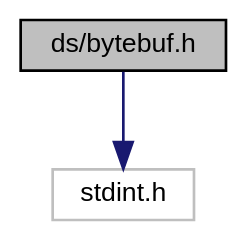
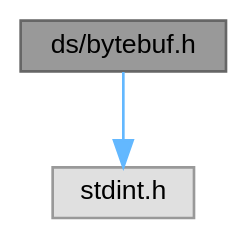
Before and after one commit to ebs-universe/piolib-ds: the diagram in bytebuf_8h__incl.dot, drawn with Graphviz. The commit also changed 536 other files, not shown here.

```diff
--- a/bytebuf_8h__incl.dot
+++ b/bytebuf_8h__incl.dot
@@ -1,11 +1,11 @@
 digraph "ds/bytebuf.h"
 {
  // INTERACTIVE_SVG=YES
  // LATEX_PDF_SIZE
   bgcolor="transparent";
-  edge [fontname="Helvetica",fontsize="10",labelfontname="Helvetica",labelfontsize="10"];
-  node [fontname="Helvetica",fontsize="10",shape=record];
-  Node1 [label="ds/bytebuf.h",height=0.2,width=0.4,color="black", fillcolor="grey75", style="filled", fontcolor="black",tooltip="Interface and usage of bytebuf buffers."];
-  Node1 -> Node2 [color="midnightblue",fontsize="10",style="solid",fontname="Helvetica"];
-  Node2 [label="stdint.h",height=0.2,width=0.4,color="grey75",tooltip=" "];
+  edge [fontname=Helvetica,fontsize=10,labelfontname=Helvetica,labelfontsize=10];
+  node [fontname=Helvetica,fontsize=10,shape=box,height=0.2,width=0.4];
+  Node1 [id="Node000001",label="ds/bytebuf.h",height=0.2,width=0.4,color="gray40", fillcolor="grey60", style="filled", fontcolor="black",tooltip="Interface and usage of bytebuf buffers."];
+  Node1 -> Node2 [id="edge1_Node000001_Node000002",color="steelblue1",style="solid",tooltip=" "];
+  Node2 [id="Node000002",label="stdint.h",height=0.2,width=0.4,color="grey60", fillcolor="#E0E0E0", style="filled",tooltip=" "];
 }
```
